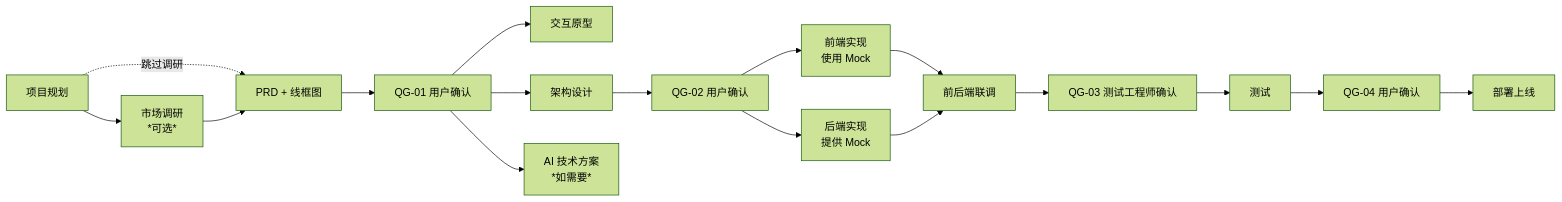
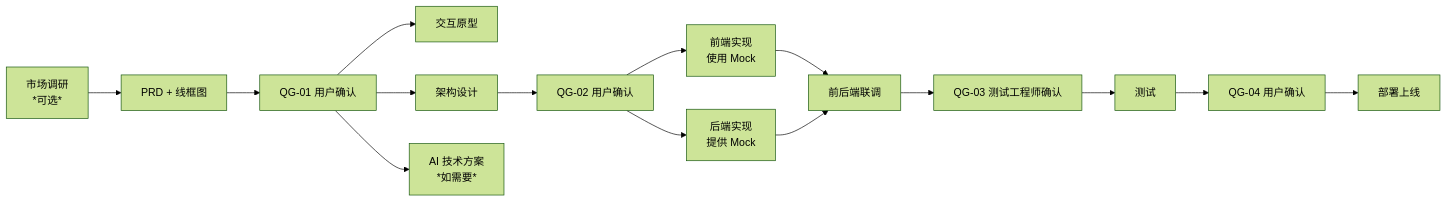
The diagram in .claude/doc/PROJECT_INDEX.md (bignof/Agent-Team-Framework), drawn with Mermaid (forest theme) before and after one commit. The commit also changed other lines of this file and 7 other files, not shown here.

````diff
--- a/.claude/doc/PROJECT_INDEX.md
+++ b/.claude/doc/PROJECT_INDEX.md
@@ -125,19 +116,17 @@
 ```mermaid
 graph LR
-    P[项目规划] --> B[市场调研<br/>*可选*]
-    P -.->|跳过调研| C
-    B --> C[PRD + 线框图]
+    B[市场调研<br/>*可选*] --> C[PRD + 线框图]
     C --> QG1[QG-01 用户确认]
     QG1 --> E[交互原型]
     QG1 --> F[架构设计]
     QG1 --> K[AI 技术方案<br/>*如需要*]
     F --> QG2[QG-02 用户确认]
     QG2 --> I[前端实现<br/>使用 Mock]
     QG2 --> J[后端实现<br/>提供 Mock]
     I --> L[前后端联调]
     J --> L
     L --> QG3[QG-03 测试工程师确认]
     QG3 --> M[测试]
     M --> QG4[QG-04 用户确认]
     QG4 --> O[部署上线]
 ```
````
